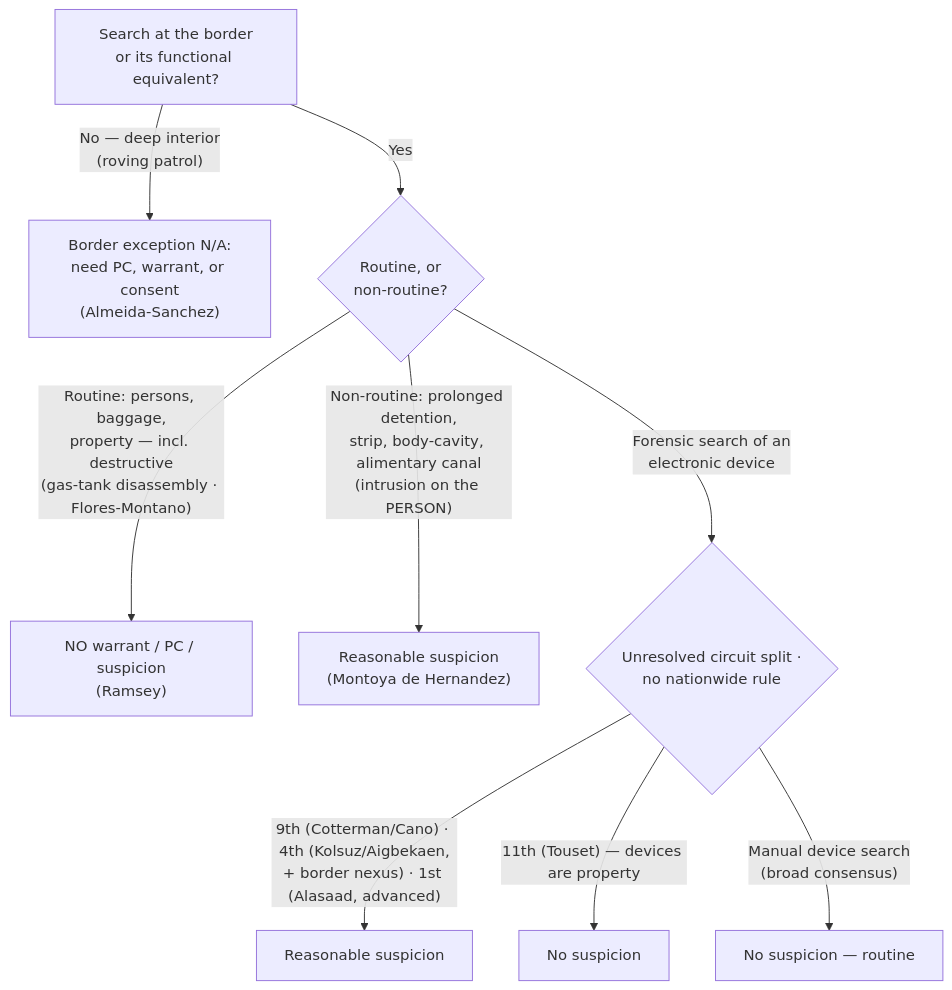
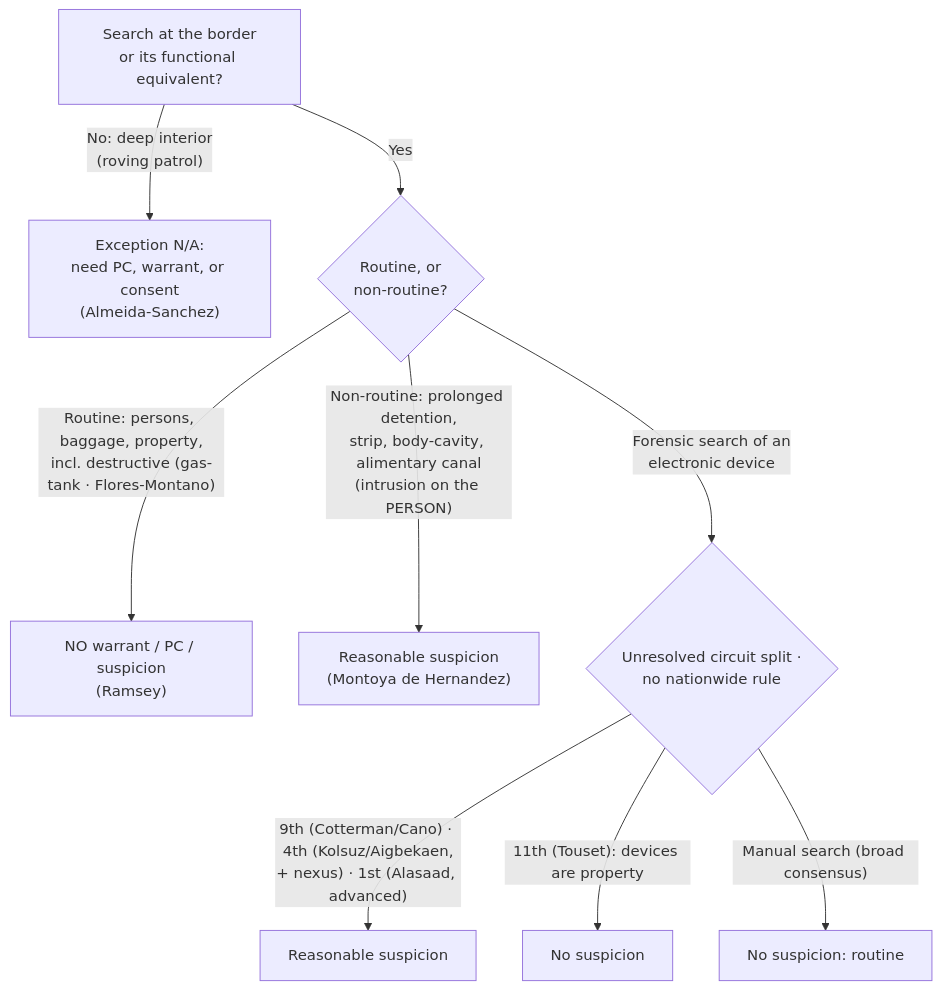
Before and after one commit to Enragedsaturday/enragedsaturday.github.io: the diagram in content/warrant-exceptions/programmatic-and-special-needs-searches/Border Searches.md, drawn with Mermaid. The commit also changed other lines of this file and 23 other files, not shown here.

````diff
--- a/content/warrant-exceptions/programmatic-and-special-needs-searches/Border Searches.md
+++ b/content/warrant-exceptions/programmatic-and-special-needs-searches/Border Searches.md
@@ -91,11 +108,11 @@
 ```mermaid
 flowchart TD
-  A["Search at the border<br/>or its functional equivalent?"] -->|"No — deep interior<br/>(roving patrol)"| Z["Border exception N/A:<br/>need PC, warrant, or consent<br/>(Almeida-Sanchez)"]
+  A["Search at the border<br/>or its functional equivalent?"] -->|"No: deep interior<br/>(roving patrol)"| Z["Exception N/A:<br/>need PC, warrant, or consent<br/>(Almeida-Sanchez)"]
   A -->|Yes| B{"Routine, or<br/>non-routine?"}
-  B -->|"Routine: persons, baggage,<br/>property — incl. destructive<br/>(gas-tank disassembly · Flores-Montano)"| C["NO warrant / PC / suspicion<br/>(Ramsey)"]
+  B -->|"Routine: persons, baggage, property,<br/>incl. destructive (gas-tank · Flores-Montano)"| C["NO warrant / PC / suspicion<br/>(Ramsey)"]
   B -->|"Non-routine: prolonged detention,<br/>strip, body-cavity, alimentary canal<br/>(intrusion on the PERSON)"| D["Reasonable suspicion<br/>(Montoya de Hernandez)"]
   B -->|"Forensic search of an<br/>electronic device"| E{"Unresolved circuit split ·<br/>no nationwide rule"}
-  E -->|"9th (Cotterman/Cano) · 4th (Kolsuz/Aigbekaen,<br/>+ border nexus) · 1st (Alasaad, advanced)"| F["Reasonable suspicion"]
-  E -->|"11th (Touset) — devices are property"| G["No suspicion"]
-  E -->|"Manual device search<br/>(broad consensus)"| H["No suspicion — routine"]
+  E -->|"9th (Cotterman/Cano) · 4th (Kolsuz/Aigbekaen,<br/>+ nexus) · 1st (Alasaad, advanced)"| F["Reasonable suspicion"]
+  E -->|"11th (Touset): devices are property"| G["No suspicion"]
+  E -->|"Manual search (broad consensus)"| H["No suspicion: routine"]
 ```
````
